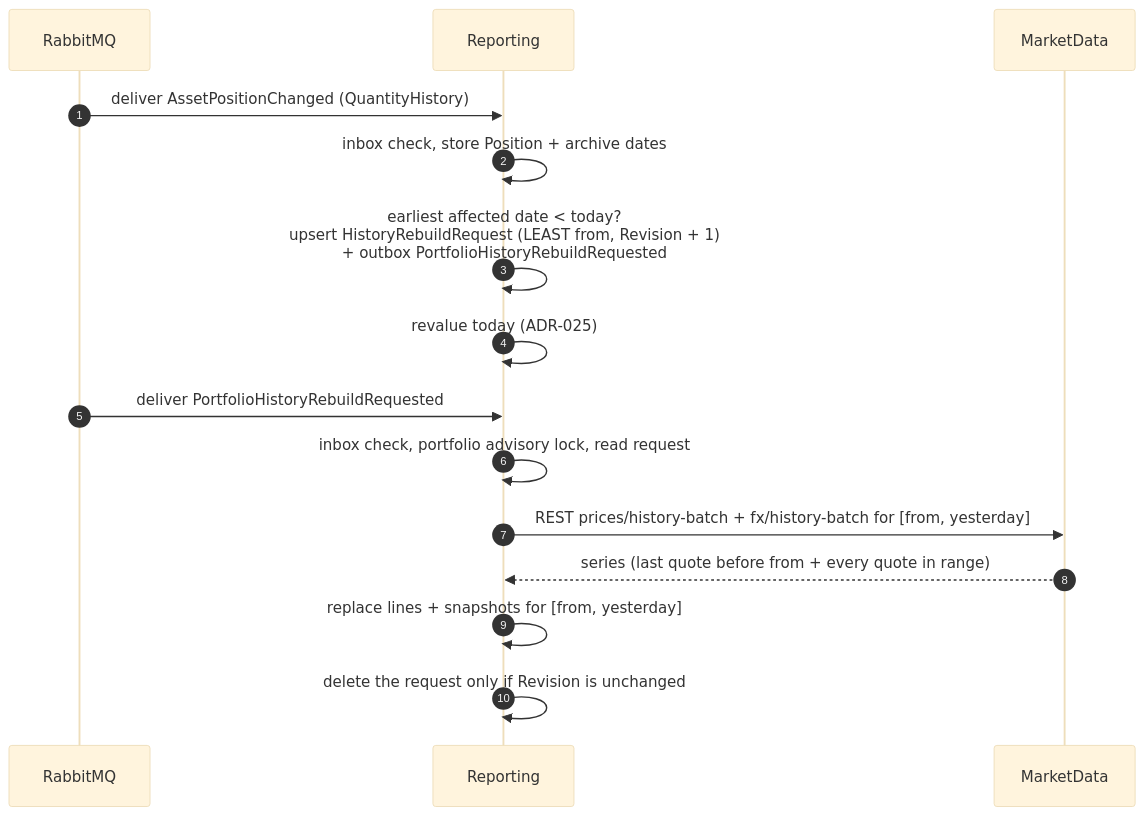
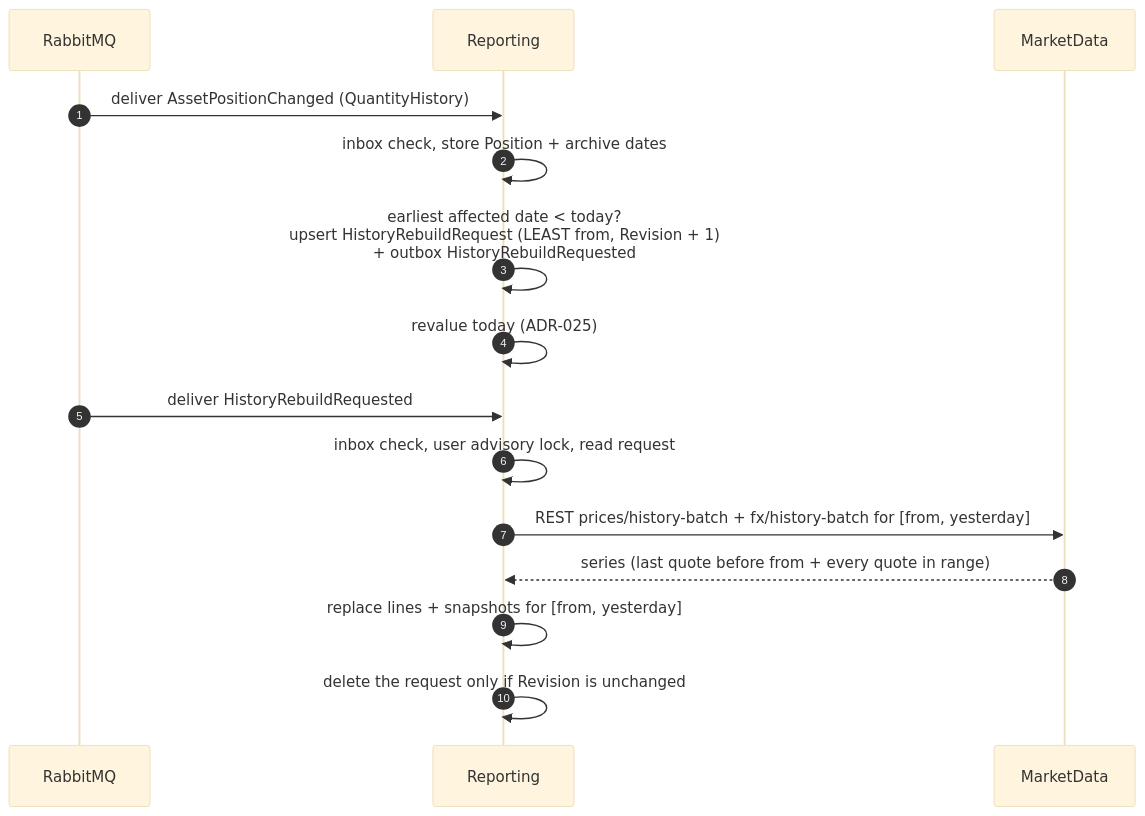
The fifth of 7 diagrams in skarbiec-plan/architecture.md (Maliniak93/FinMel), drawn with Mermaid (base theme) before and after one commit. The commit also changed 46 other files, not shown here.

````diff
--- a/skarbiec-plan/architecture.md
+++ b/skarbiec-plan/architecture.md
@@ -159,18 +159,18 @@
 ```mermaid
 sequenceDiagram
     autonumber
     participant MQ as RabbitMQ
     participant RP as Reporting
     participant MD as MarketData
 
     MQ->>RP: deliver AssetPositionChanged (QuantityHistory)
     RP->>RP: inbox check, store Position + archive dates
-    RP->>RP: earliest affected date < today?<br/>upsert HistoryRebuildRequest (LEAST from, Revision + 1)<br/>+ outbox PortfolioHistoryRebuildRequested
+    RP->>RP: earliest affected date < today?<br/>upsert HistoryRebuildRequest (LEAST from, Revision + 1)<br/>+ outbox HistoryRebuildRequested
     RP->>RP: revalue today (ADR-025)
-    MQ->>RP: deliver PortfolioHistoryRebuildRequested
-    RP->>RP: inbox check, portfolio advisory lock, read request
+    MQ->>RP: deliver HistoryRebuildRequested
+    RP->>RP: inbox check, user advisory lock, read request
     RP->>MD: REST prices/history-batch + fx/history-batch for [from, yesterday]
     MD-->>RP: series (last quote before from + every quote in range)
     RP->>RP: replace lines + snapshots for [from, yesterday]
     RP->>RP: delete the request only if Revision is unchanged
 ```
````
